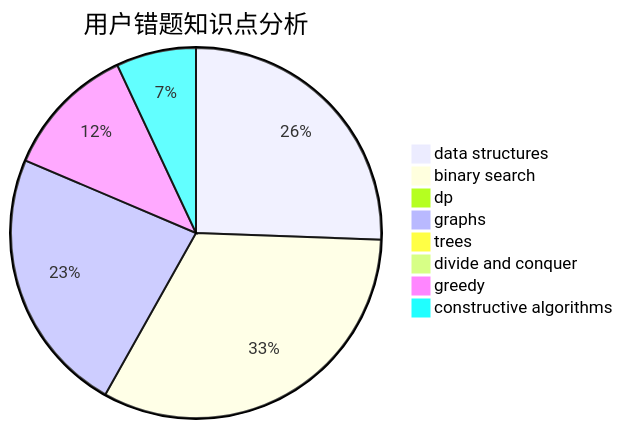
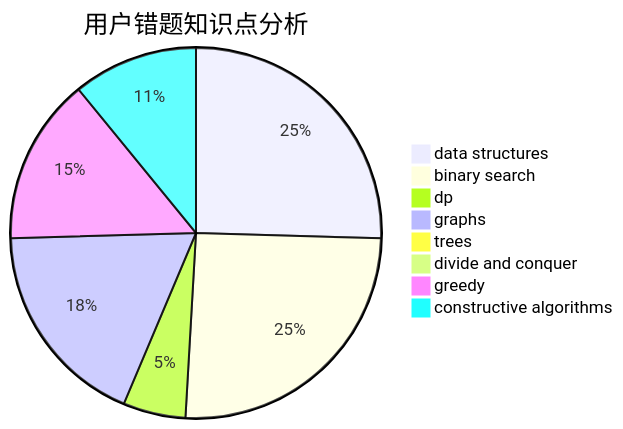
One commit to sherpahu/cfrs.github.io changed the third of 3 diagrams in docs/user/u1022.md. Above: the diagram before and after it, drawn with Mermaid. The commit also changed other lines of this file and 2770 other files, not shown here.

````diff
--- a/docs/user/u1022.md
+++ b/docs/user/u1022.md
@@ -36,11 +36,11 @@
 ```mermaid
 pie title 用户错题知识点分析
-    "data structures" :  11
+    "data structures" :  14
     "binary search" :  14
-    "dp" :  0
+    "dp" :  3
     "graphs" :  10
     "trees" :  0
     "divide and conquer" :  0
-    "greedy" :  5
-    "constructive algorithms" :  3
+    "greedy" :  8
+    "constructive algorithms" :  6
 ```
````
